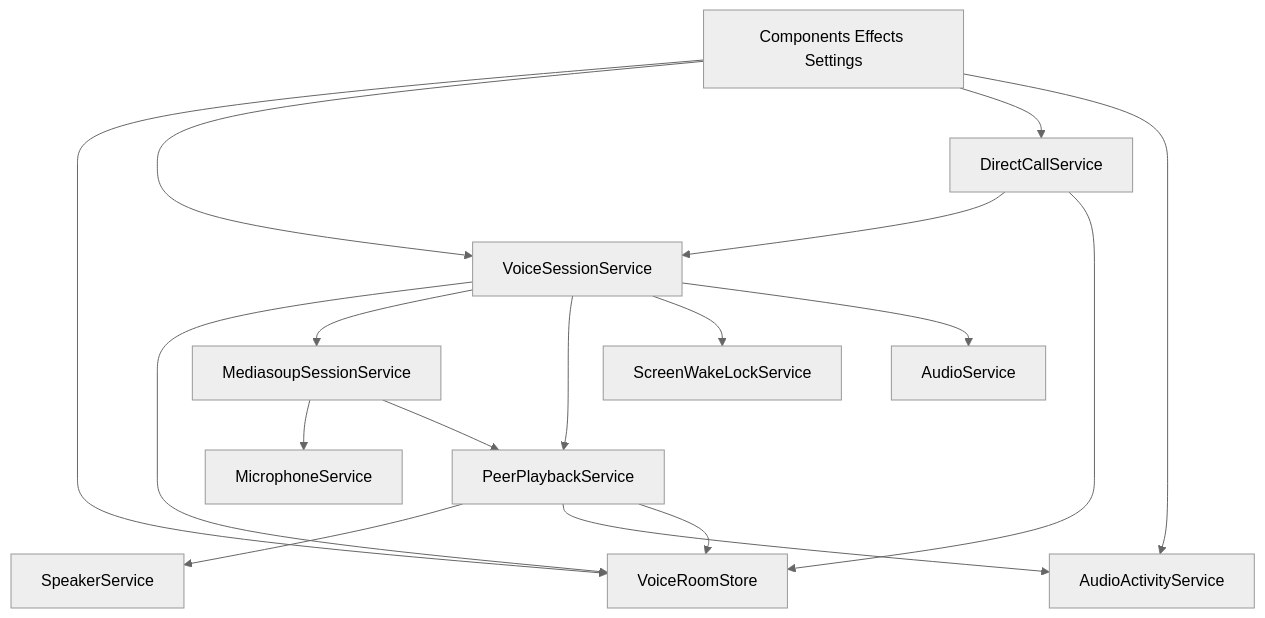
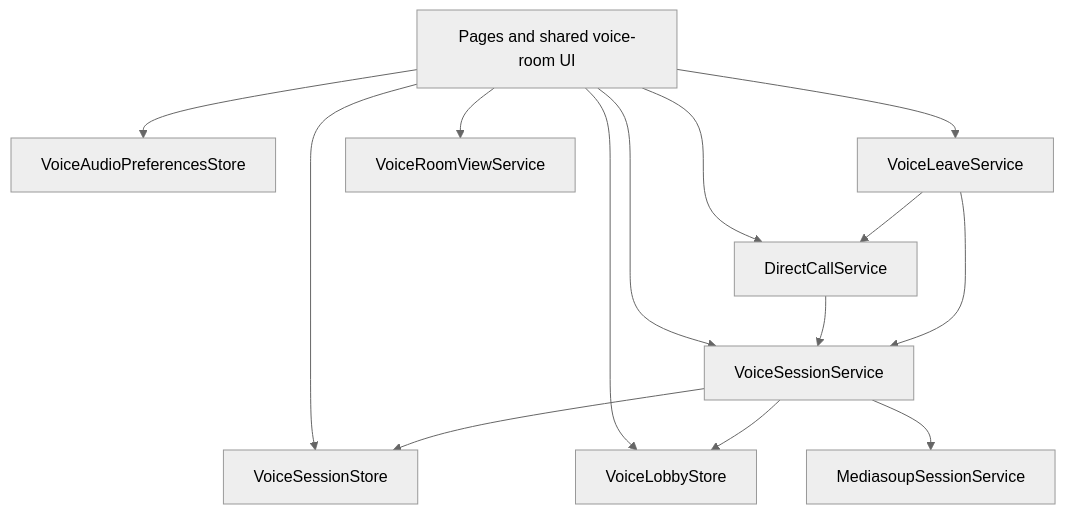
Before and after one commit to Quenary/konvoez: the diagram in docs/frontend/VOICE.md, drawn with Mermaid (neutral theme). The commit also changed other lines of this file and 205 other files, not shown here.

````diff
--- a/docs/frontend/VOICE.md
+++ b/docs/frontend/VOICE.md
@@ -9,31 +9,26 @@
 ```mermaid
 flowchart TB
-  UI[Components Effects Settings]
-  Store[VoiceRoomStore]
+  UI[Pages and shared voice-room UI]
+  VSS[VoiceSessionStore]
+  VLS[VoiceLobbyStore]
+  VAP[VoiceAudioPreferencesStore]
   Session[VoiceSessionService]
   Ms[MediasoupSessionService]
-  Play[PeerPlaybackService]
-  Wake[ScreenWakeLockService]
   DC[DirectCallService]
-  Mic[MicrophoneService]
-  Spk[SpeakerService]
-  Act[AudioActivityService]
-  Sfx[AudioService]
+  Leave[VoiceLeaveService]
+  View[VoiceRoomViewService]
 
-  UI --> Store
+  UI --> VSS
+  UI --> VLS
+  UI --> VAP
   UI --> Session
   UI --> DC
-  UI --> Act
+  UI --> Leave
+  UI --> View
   DC --> Session
-  DC --> Store
-  Session --> Store
+  Session --> VSS
+  Session --> VLS
   Session --> Ms
-  Session --> Play
-  Session --> Wake
-  Session --> Sfx
-  Ms --> Mic
-  Ms --> Play
-  Play --> Spk
-  Play --> Act
-  Play --> Store
+  Leave --> DC
+  Leave --> Session
 ```
````
